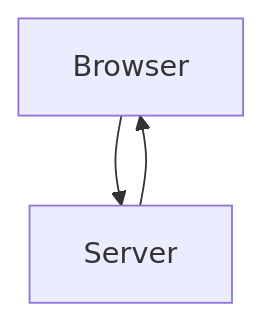
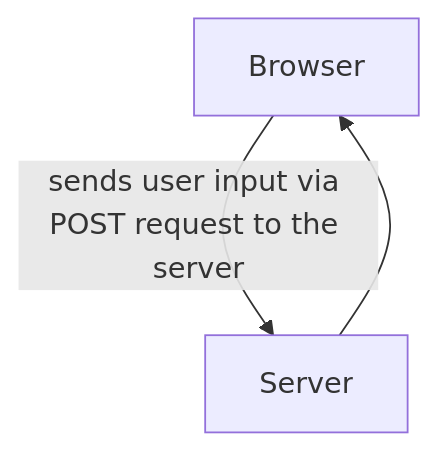
One commit to Kiraadaves/fullstack-open-2023 changed the diagram in part0/0.4-newNoteDiagram.md. Above: the diagram before and after it, drawn with Mermaid. The commit also changed other lines of this file, not shown here.

````diff
--- a/part0/0.4-newNoteDiagram.md
+++ b/part0/0.4-newNoteDiagram.md
@@ -5,6 +5,6 @@
 ```mermaid
 flowchart TD;
-    Browser-->Server;
+    Browser -- sends user input via POST request to the server -->Server;
     Server-->Browser;
     
 ```
````
